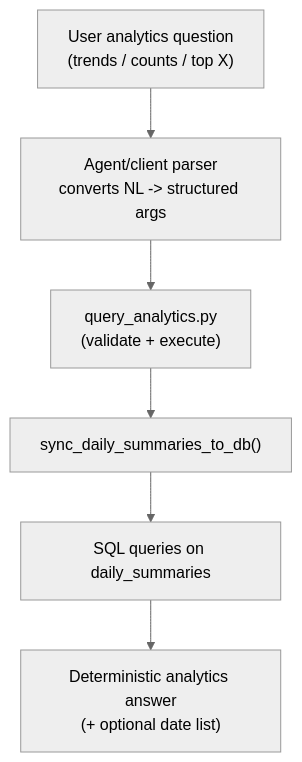
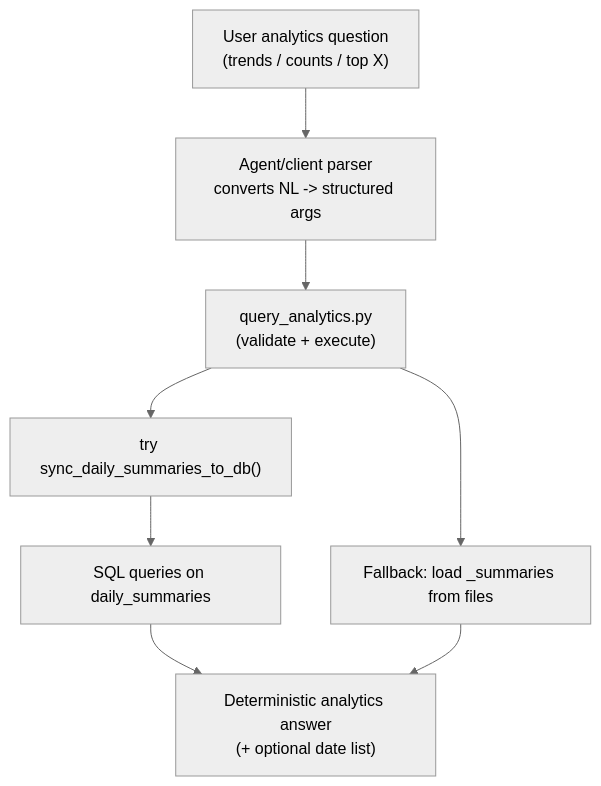
One commit to nouverse-tech/nouva-mcp-server changed the fourth of 4 diagrams in src/skills/memory_engine/ARCHITECTURE.md. Above: the diagram before and after it, drawn with Mermaid (neutral theme). The commit also changed other lines of this file and 2 other files, not shown here.

````diff
--- a/src/skills/memory_engine/ARCHITECTURE.md
+++ b/src/skills/memory_engine/ARCHITECTURE.md
@@ -187,8 +197,10 @@
 ```mermaid
 flowchart TD
   U["User analytics question\n(trends / counts / top X)"] --> AGENT["Agent/client parser\nconverts NL -> structured args"]
   AGENT --> QA["query_analytics.py\n(validate + execute)"]
-  QA --> SYNC["sync_daily_summaries_to_db()"]
+  QA --> SYNC["try sync_daily_summaries_to_db()"]
   SYNC --> SQL["SQL queries on daily_summaries"]
   SQL --> OUT["Deterministic analytics answer\n(+ optional date list)"]
+  QA --> FB["Fallback: load _summaries from files"]
+  FB --> OUT
 ```
````
